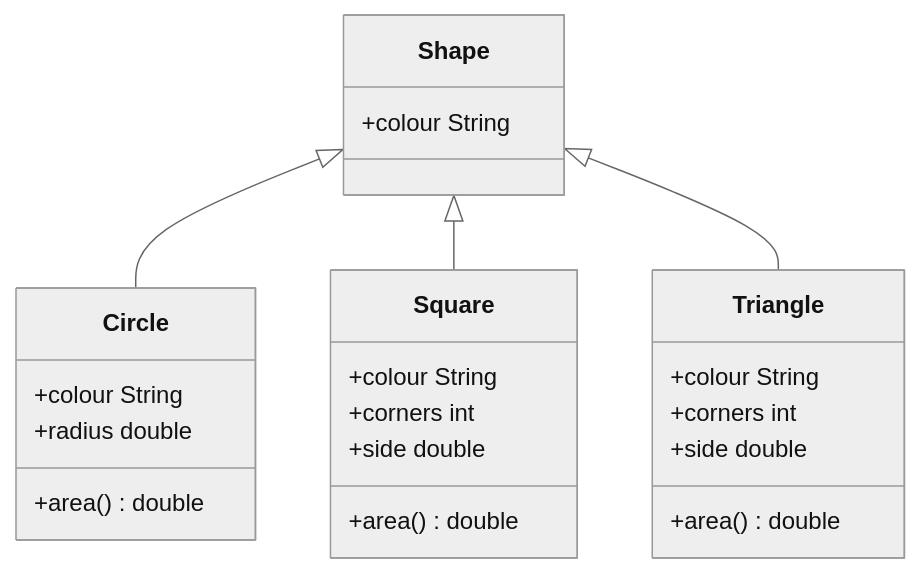
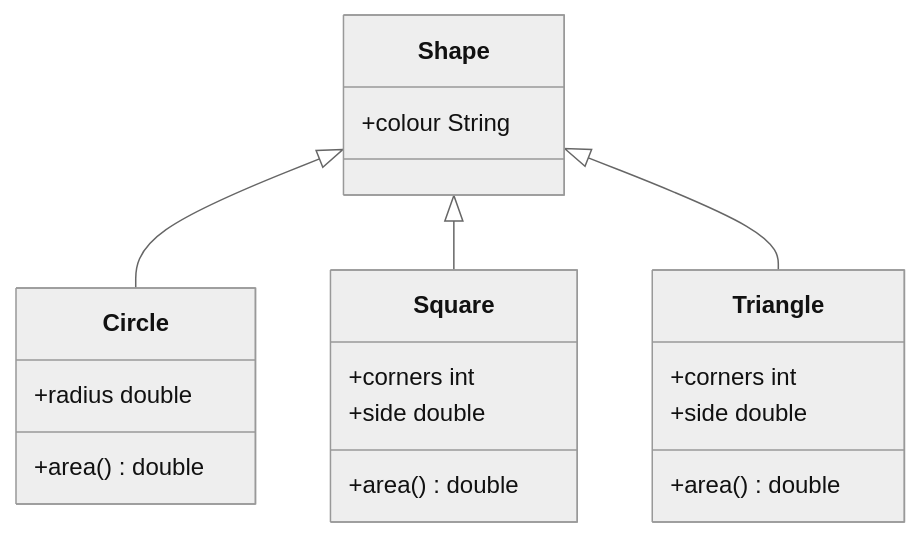
One commit to bweston6/uol-cs-notes changed the second of 5 diagrams in COMP122/Lectures/Week 5/2021-03-08-1.md. Above: the diagram before and after it, drawn with Mermaid (neutral theme). The commit also changed other lines of this file and 2 other files, not shown here.

Commit message:
Fixing UML diagrams.

````diff
--- a/COMP122/Lectures/Week 5/2021-03-08-1.md
+++ b/COMP122/Lectures/Week 5/2021-03-08-1.md
@@ -39,24 +39,21 @@
 ```mermaid
 classDiagram
     Shape <|-- Circle
     Shape <|-- Square
     Shape <|-- Triangle
     Shape: +colour String
     class Circle{
-    +colour String
     +radius double
     +area() double
     }
     class Square{
-    +colour String
     +corners int
     +side double
     +area() double
     }
     class Triangle{
-    +colour String
     +corners int
     +side double
     +area() double
     }
 ```
````
